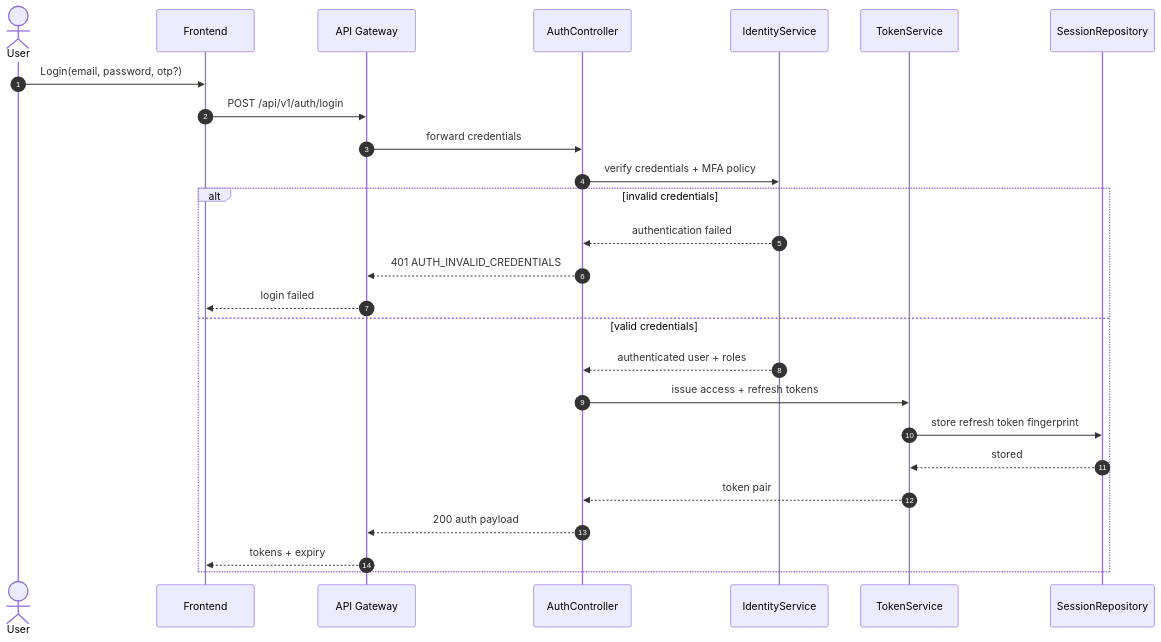
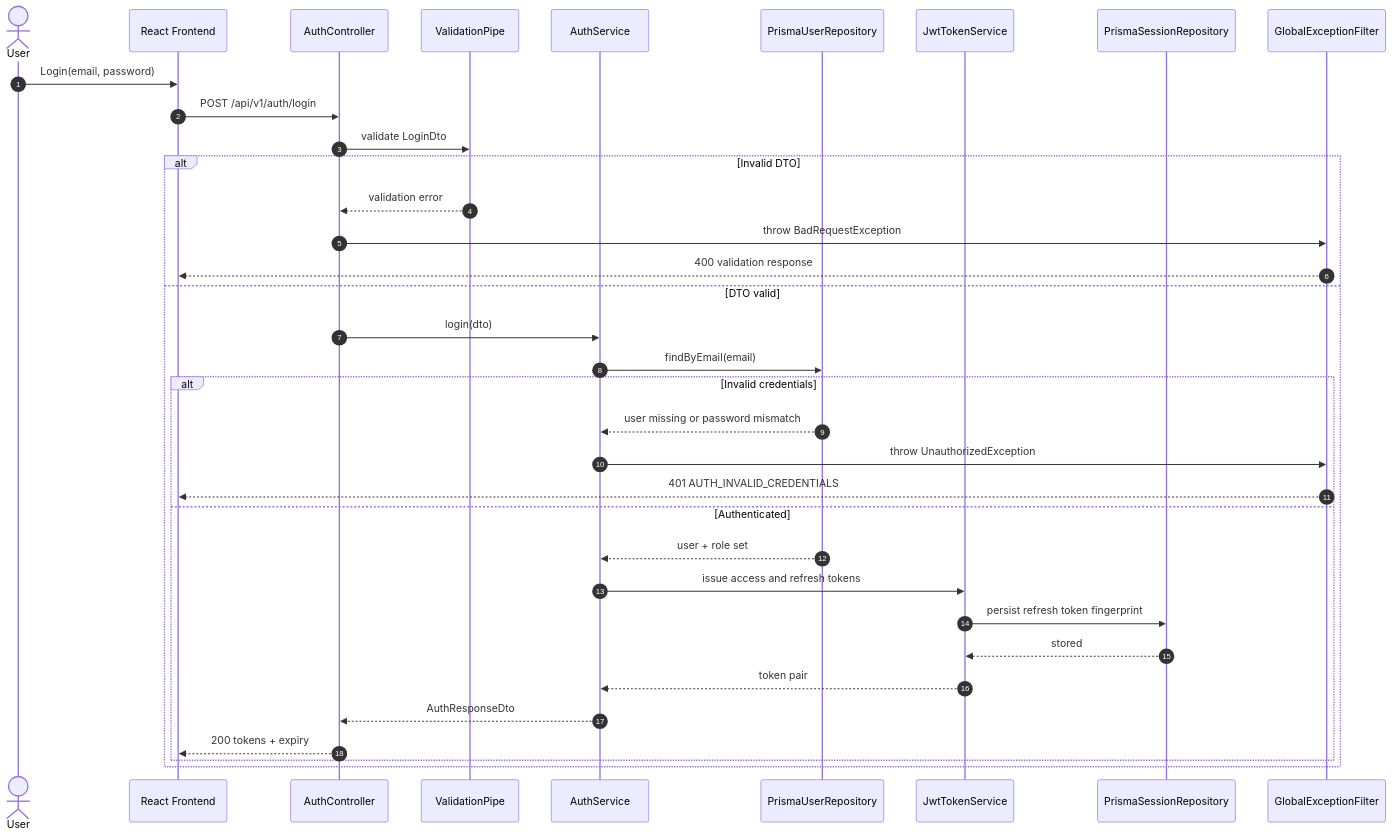
One commit to biru-codeastromer/FinGuard-AI changed the second of 3 diagrams in sequenceDiagram.md. Above: the diagram before and after it, drawn with Mermaid. The commit also changed other lines of this file and 4 other files, not shown here.

Commit message:
docs(milestone1): align architecture docs with NestJS TypeScript stack

````diff
--- a/sequenceDiagram.md
+++ b/sequenceDiagram.md
@@ -88,30 +93,40 @@
 ```mermaid
 sequenceDiagram
     autonumber
     actor U as User
-    participant FE as Frontend
-    participant API as API Gateway
-    participant Auth as AuthController
-    participant IdP as IdentityService
-    participant Token as TokenService
-    participant Sess as SessionRepository
+    participant FE as React Frontend
+    participant AuthC as AuthController
+    participant Pipe as ValidationPipe
+    participant AuthS as AuthService
+    participant UserRepo as PrismaUserRepository
+    participant TokenS as JwtTokenService
+    participant SessionRepo as PrismaSessionRepository
+    participant Filter as GlobalExceptionFilter
 
-    U->>FE: Login(email, password, otp?)
-    FE->>API: POST /api/v1/auth/login
-    API->>Auth: forward credentials
-    Auth->>IdP: verify credentials + MFA policy
+    U->>FE: Login(email, password)
+    FE->>AuthC: POST /api/v1/auth/login
+    AuthC->>Pipe: validate LoginDto
 
-    alt invalid credentials
-        IdP-->>Auth: authentication failed
-        Auth-->>API: 401 AUTH_INVALID_CREDENTIALS
-        API-->>FE: login failed
-    else valid credentials
-        IdP-->>Auth: authenticated user + roles
-        Auth->>Token: issue access + refresh tokens
-        Token->>Sess: store refresh token fingerprint
-        Sess-->>Token: stored
-        Token-->>Auth: token pair
-        Auth-->>API: 200 auth payload
-        API-->>FE: tokens + expiry
+    alt Invalid DTO
+        Pipe-->>AuthC: validation error
+        AuthC->>Filter: throw BadRequestException
+        Filter-->>FE: 400 validation response
+    else DTO valid
+        AuthC->>AuthS: login(dto)
+        AuthS->>UserRepo: findByEmail(email)
+
+        alt Invalid credentials
+            UserRepo-->>AuthS: user missing or password mismatch
+            AuthS->>Filter: throw UnauthorizedException
+            Filter-->>FE: 401 AUTH_INVALID_CREDENTIALS
+        else Authenticated
+            UserRepo-->>AuthS: user + role set
+            AuthS->>TokenS: issue access and refresh tokens
+            TokenS->>SessionRepo: persist refresh token fingerprint
+            SessionRepo-->>TokenS: stored
+            TokenS-->>AuthS: token pair
+            AuthS-->>AuthC: AuthResponseDto
+            AuthC-->>FE: 200 tokens + expiry
+        end
     end
 ```
````
